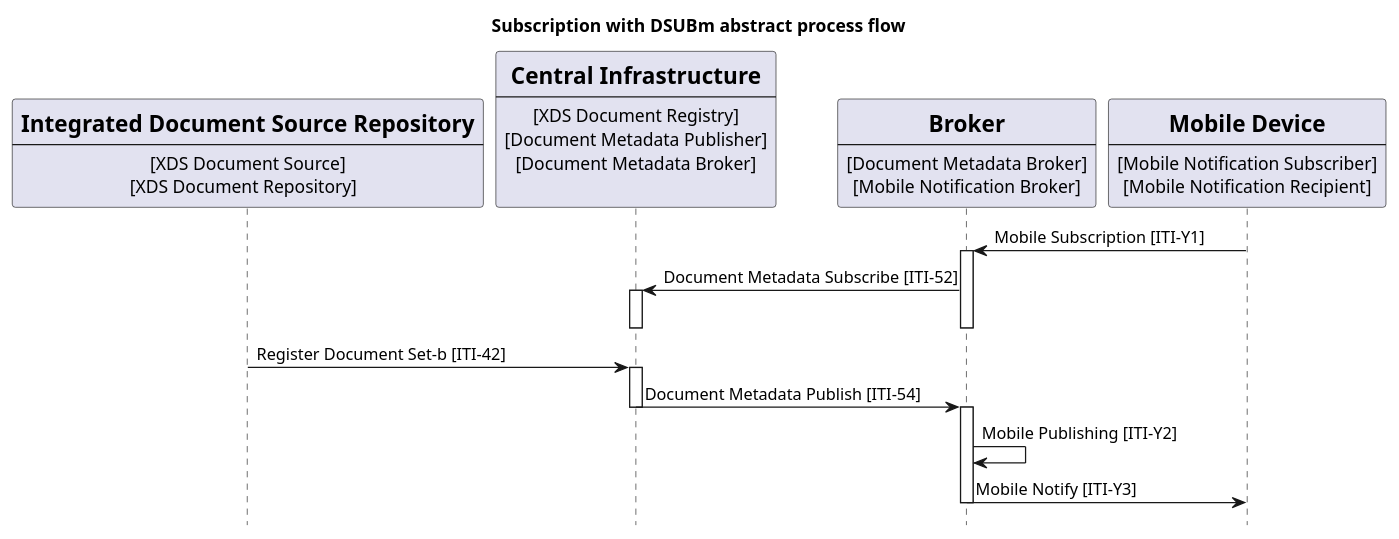
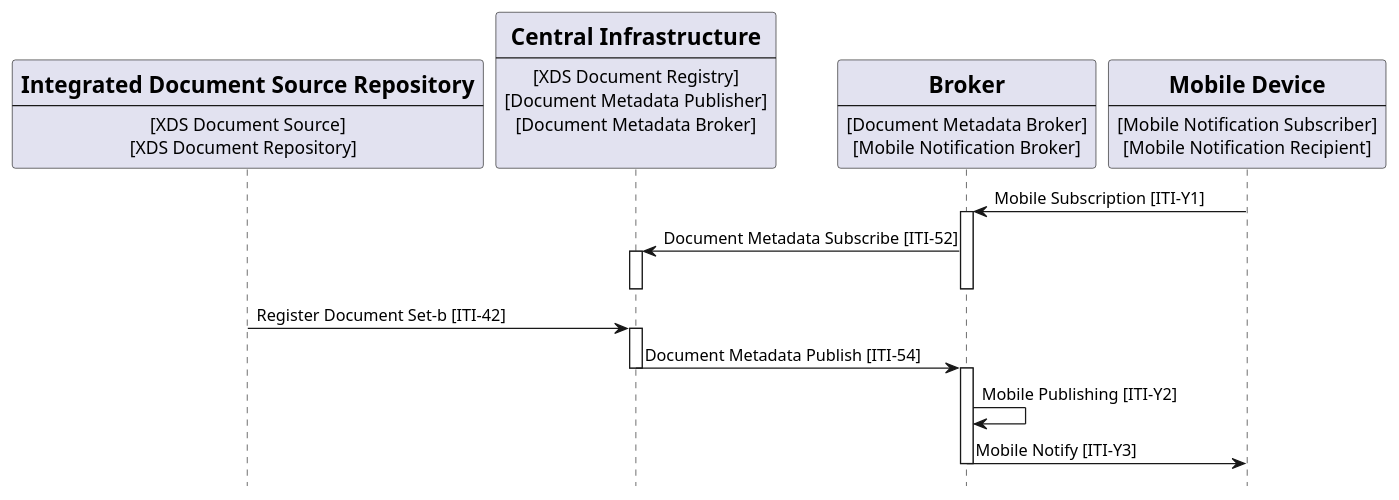
One commit to IHE/ITI.DSUBm changed the diagram in input/images-source/usecase6-processflow.plantuml. Above: the diagram before and after it, drawn with PlantUML. The commit also changed 6 other files, not shown here.

```diff
--- a/input/images-source/usecase6-processflow.plantuml
+++ b/input/images-source/usecase6-processflow.plantuml
@@ -1,54 +1,54 @@
 @startuml
 skinparam svgDimensionStyle false
 hide footbox
-title "Subscription with DSUBm abstract process flow" 
+/'title "Subscription with DSUBm abstract process flow" '/
 
 participant Repository [
     =Integrated Document Source Repository
     ----
     [XDS Document Source]
     [XDS Document Repository]  
 ] 
 
 participant Central [
     =Central Infrastructure
     ----
     [XDS Document Registry]
     [Document Metadata Publisher]
     [Document Metadata Broker]
     
 ] 
 
 participant Broker [
     =Broker
     ----
     [Document Metadata Broker]
     [Mobile Notification Broker]
     ] 
 
 participant MobDevice [
     =Mobile Device
     ----
     [Mobile Notification Subscriber]
     [Mobile Notification Recipient]
 ] 
 
 MobDevice -> Broker: Mobile Subscription [ITI-Y1]
 activate Broker
 Broker -> Central: Document Metadata Subscribe [ITI-52]
 activate Central
 deactivate Central
 deactivate Broker
 
 Repository -> Central: Register Document Set-b [ITI-42]
 activate Central
 
 Central -> Broker: Document Metadata Publish [ITI-54]
 deactivate Central
 activate Broker
 Broker -> Broker: Mobile Publishing [ITI-Y2]
 Broker -> MobDevice: Mobile Notify [ITI-Y3]
 deactivate Broker
 
 
 @enduml
```
